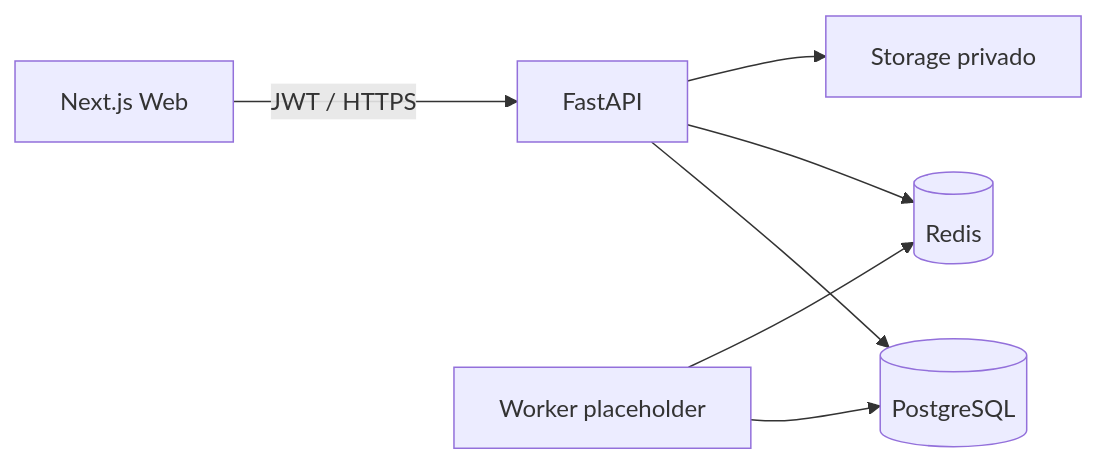
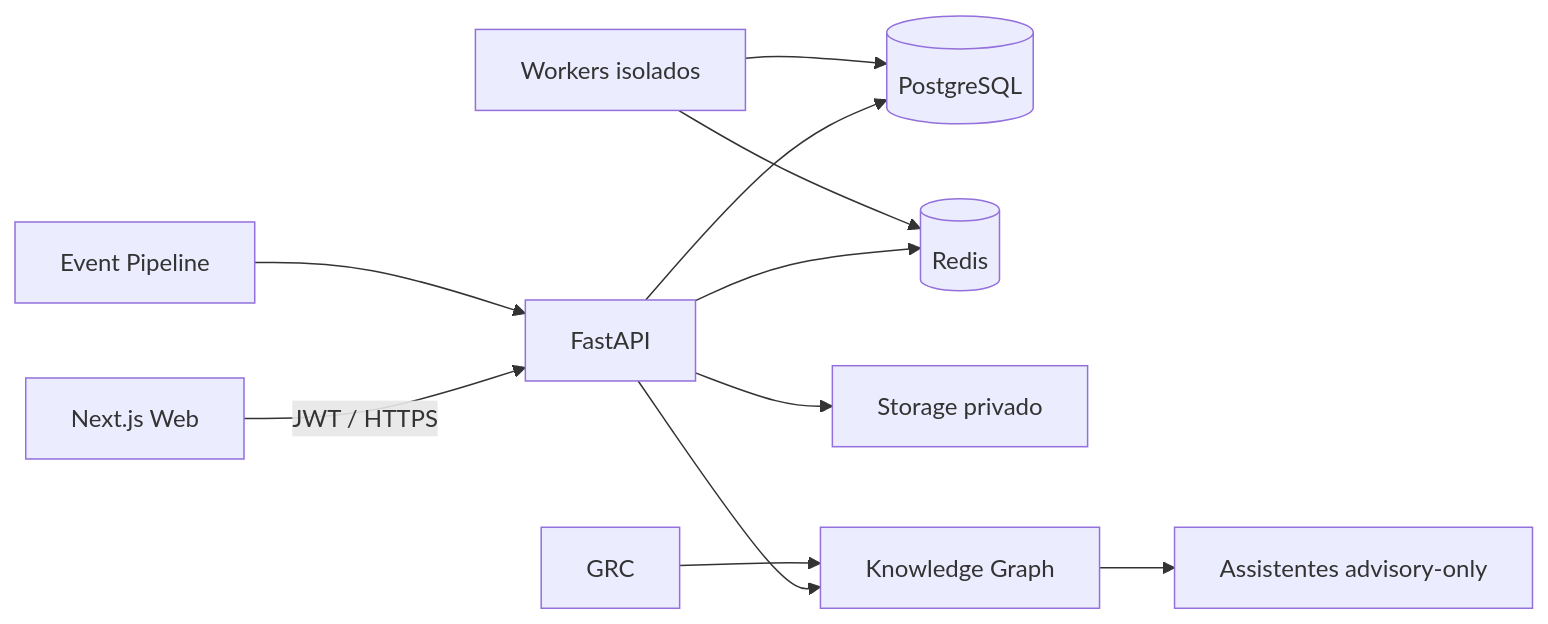
One commit to pixart-web/CyberAudit changed the diagram in docs/architecture/overview.md. Above: the diagram before and after it, drawn with Mermaid. The commit also changed other lines of this file and 60 other files, not shown here.

````diff
--- a/docs/architecture/overview.md
+++ b/docs/architecture/overview.md
@@ -5,9 +5,13 @@
 ```mermaid
 flowchart LR
   W[Next.js Web] -->|JWT / HTTPS| A[FastAPI]
   A --> P[(PostgreSQL)]
   A --> R[(Redis)]
   A --> S[Storage privado]
-  K[Worker placeholder] --> P
+  K[Workers isolados] --> P
   K --> R
+  E[Event Pipeline] --> A
+  A --> KG[Knowledge Graph]
+  G[GRC] --> KG
+  KG --> AI[Assistentes advisory-only]
 ```
````
